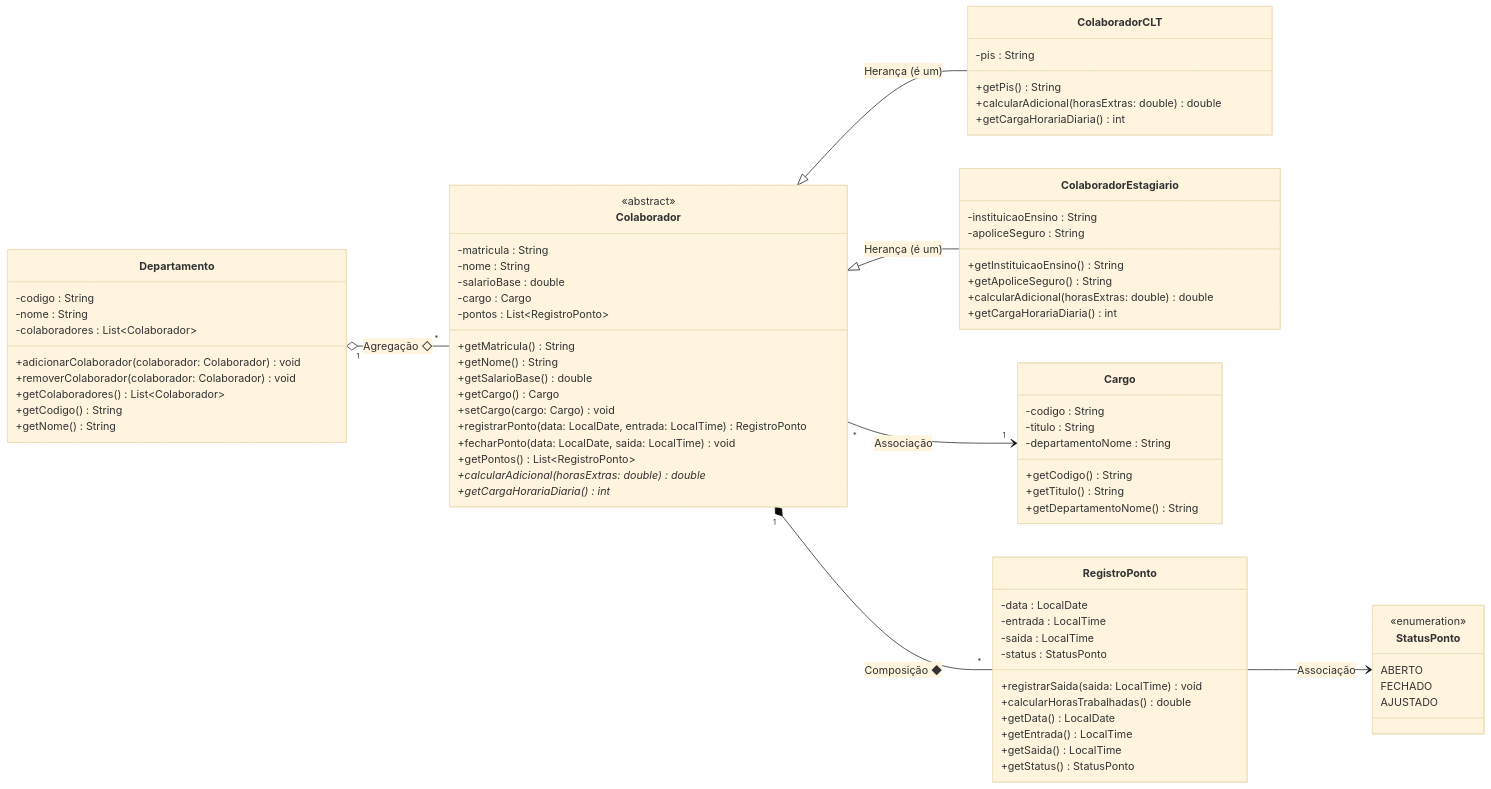
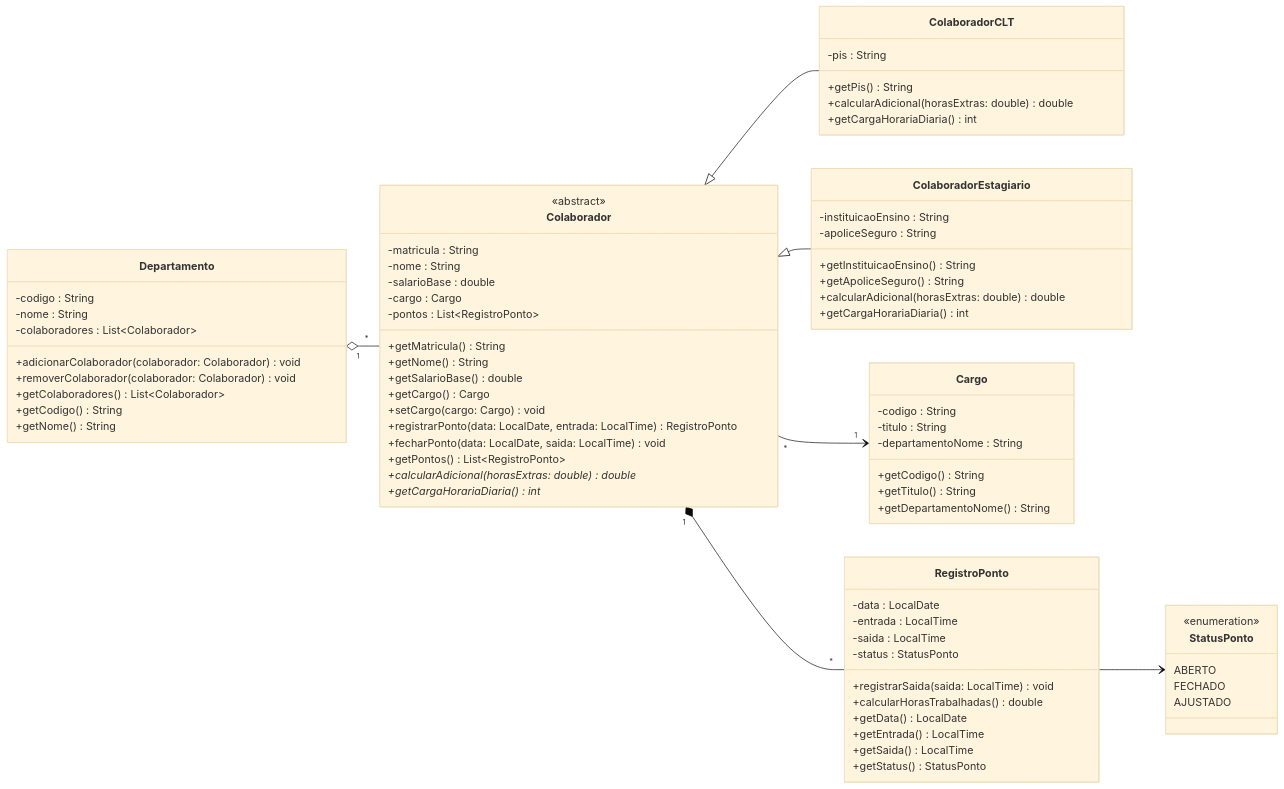
Before and after one commit to MrFelps/projeto_faculdade: the diagram in modelagem/DIAGRAMA.md, drawn with Mermaid (base theme). The commit also changed other lines of this file and 9 other files, not shown here.

````diff
--- a/modelagem/DIAGRAMA.md
+++ b/modelagem/DIAGRAMA.md
@@ -85,10 +79,10 @@
         AJUSTADO
     }
 
-    Colaborador <|-- ColaboradorCLT : Herança (é um)
-    Colaborador <|-- ColaboradorEstagiario : Herança (é um)
-    Colaborador "1" *-- "*" RegistroPonto : Composição ◆
-    Departamento "1" o-- "*" Colaborador : Agregação ◇
-    Colaborador "*" --> "1" Cargo : Associação
-    RegistroPonto --> StatusPonto : Associação
+    Colaborador <|-- ColaboradorCLT
+    Colaborador <|-- ColaboradorEstagiario
+    Colaborador "1" *-- "*" RegistroPonto
+    Departamento "1" o-- "*" Colaborador
+    Colaborador "*" --> "1" Cargo
+    RegistroPonto --> StatusPonto
 ```
````
